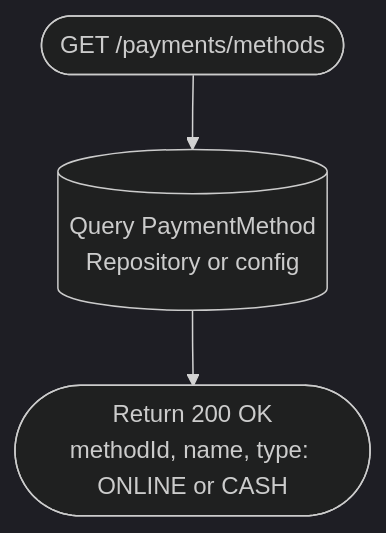
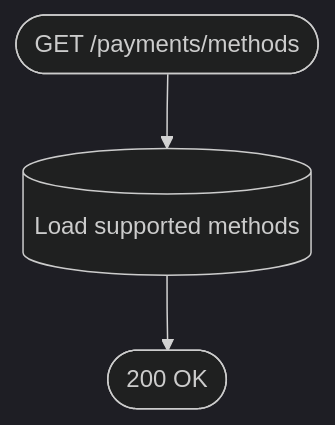
The tenth of 21 diagrams in docs/analysis-and-design.md (ImTruong/TrangSM), drawn with Mermaid (dark theme) before and after one commit. The commit also changed other lines of this file and 32 other files, not shown here.

Commit message:
feat: trigger driver search immediately for cash payments and sync acceptBooking with location-service

````diff
--- a/docs/analysis-and-design.md
+++ b/docs/analysis-and-design.md
@@ -454,5 +484,5 @@
 ```mermaid
 flowchart TD
-    A([GET /payments/methods]) --> B[(Query PaymentMethod\nRepository or config)]
-    B --> C([Return 200 OK\nmethodId, name, type: ONLINE or CASH])
+    A([GET /payments/methods]) --> B[(Load supported methods)]
+    B --> C([200 OK])
 ```
````
